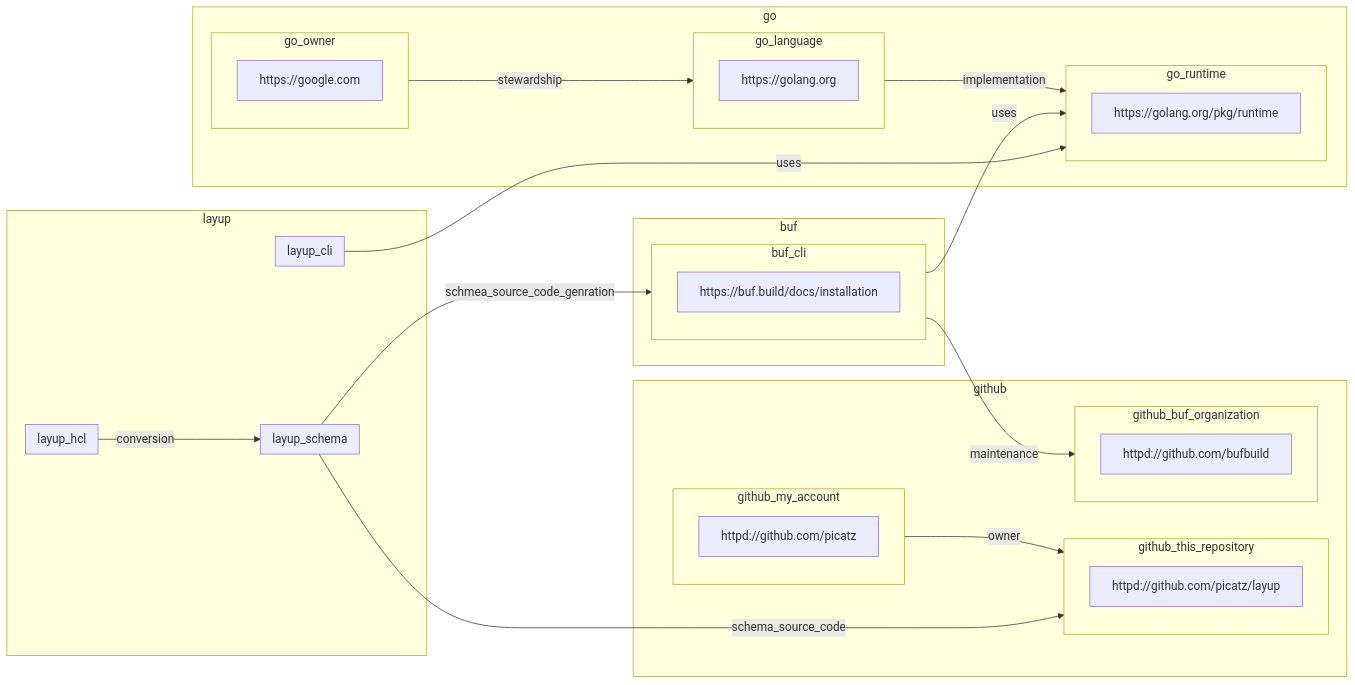
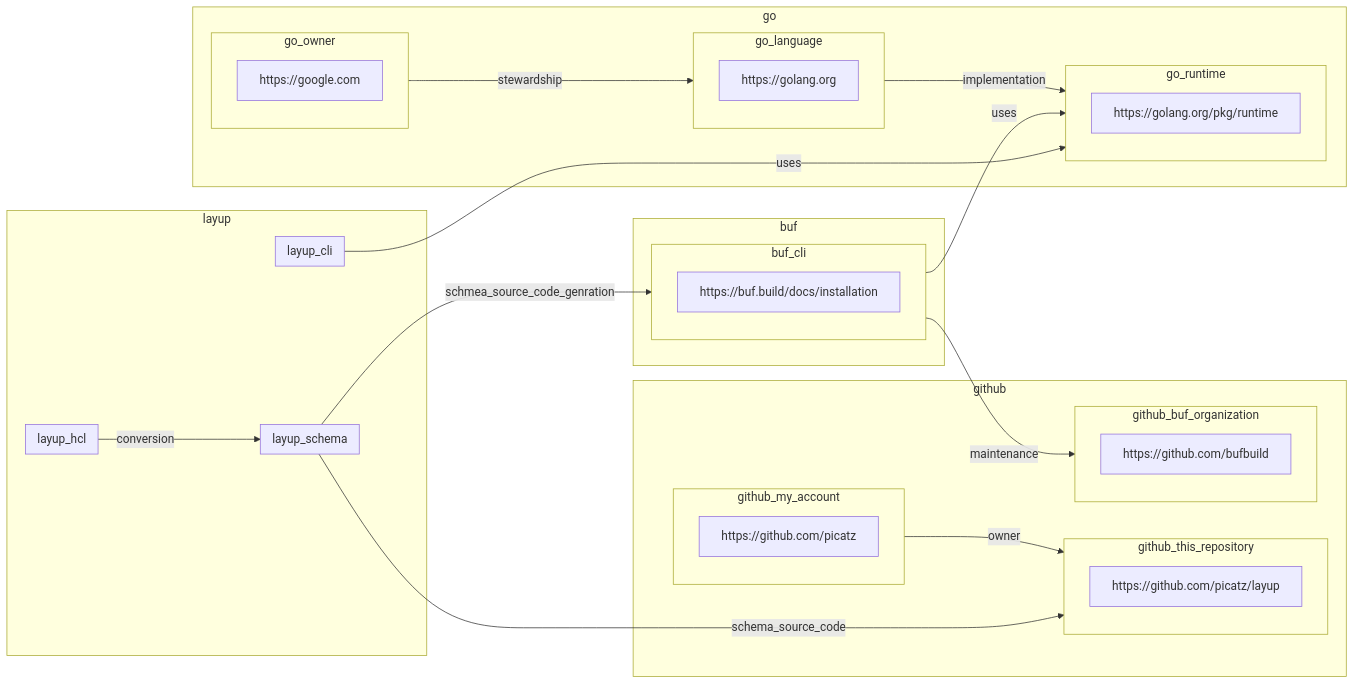
The diagram in README.md (picatz/layup), drawn with Mermaid before and after one commit. The commit also changed other lines of this file and 1 other file, not shown here.

````diff
--- a/README.md
+++ b/README.md
@@ -415,60 +415,60 @@
 ```mermaid
 graph LR
   subgraph github
     subgraph github_my_account
-      github_my_account_url[httpd://github.com/picatz]
+      github_my_account_url[https://github.com/picatz]
     end
 
     subgraph github_this_repository
-      github_this_repository_url[httpd://github.com/picatz/layup]
+      github_this_repository_url[https://github.com/picatz/layup]
     end
 
     subgraph github_buf_organization
-      github_buf_organization_url[httpd://github.com/bufbuild]
+      github_buf_organization_url[https://github.com/bufbuild]
     end
 
     github_my_account-->|owner|github_this_repository
   end
 
   subgraph go
     subgraph go_owner
       go_owner_url[https://google.com]
     end
 
     subgraph go_language
       go_language_url[https://golang.org]
     end
 
     subgraph go_runtime
       go_runtime_url[https://golang.org/pkg/runtime]
     end
 
     go_owner-->|stewardship|go_language
     go_language-->|implementation|go_runtime
   end
 
   subgraph buf
     subgraph buf_cli
       buf_cli_url[https://buf.build/docs/installation]
     end
 
     buf_cli-->|maintenance|github_buf_organization
     buf_cli-->|uses|go_runtime
   end
 
   subgraph layup
     subgraph layup_schema
     end
 
     subgraph layup_hcl
     end
 
     subgraph layup_cli
     end
 
     layup_hcl-->|conversion|layup_schema
     layup_schema-->|schmea_source_code_genration|buf_cli
     layup_schema-->|schema_source_code|github_this_repository
     layup_cli-->|uses|go_runtime
   end
 ```
````
